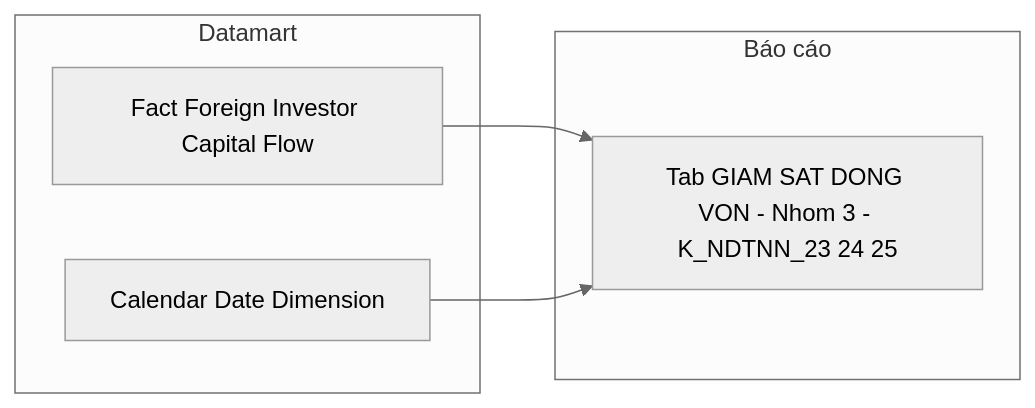
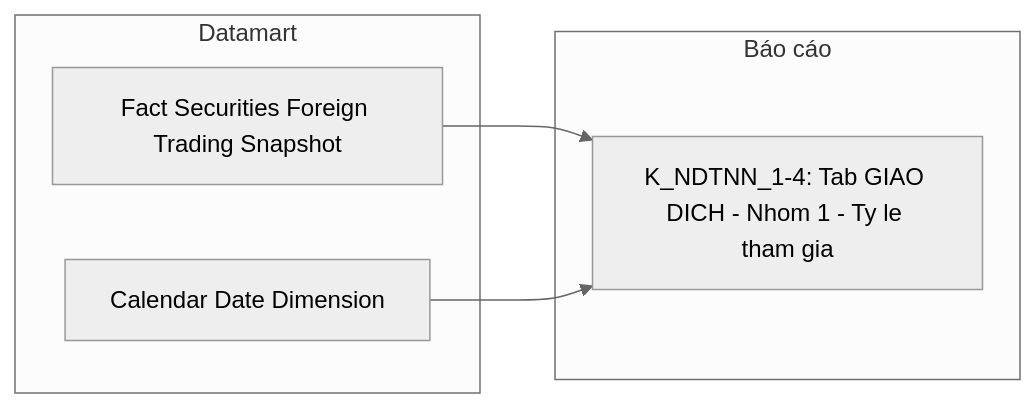
The ninth of 28 diagrams in Datamart/hld/DTM_NDTNN_HLD.md (linhlvit/ubck_atomic_design), drawn with Mermaid (neutral theme) before and after one commit. The commit also changed other lines of this file and 9 other files, not shown here.

````diff
--- a/Datamart/hld/DTM_NDTNN_HLD.md
+++ b/Datamart/hld/DTM_NDTNN_HLD.md
@@ -514,12 +342,12 @@
 ```mermaid
 flowchart LR
     subgraph Datamart["Datamart"]
-        G1["Fact Foreign Investor Capital Flow"]
+        G1["Fact Securities Foreign Trading Snapshot"]
         G2["Calendar Date Dimension"]
     end
     subgraph RPT["Báo cáo"]
-        R1["Tab GIAM SAT DONG VON - Nhom 3 - K_NDTNN_23 24 25"]
+        R1["K_NDTNN_1-4: Tab GIAO DICH - Nhom 1 - Ty le tham gia"]
     end
     G1 --> R1
     G2 --> R1
 ```
````
